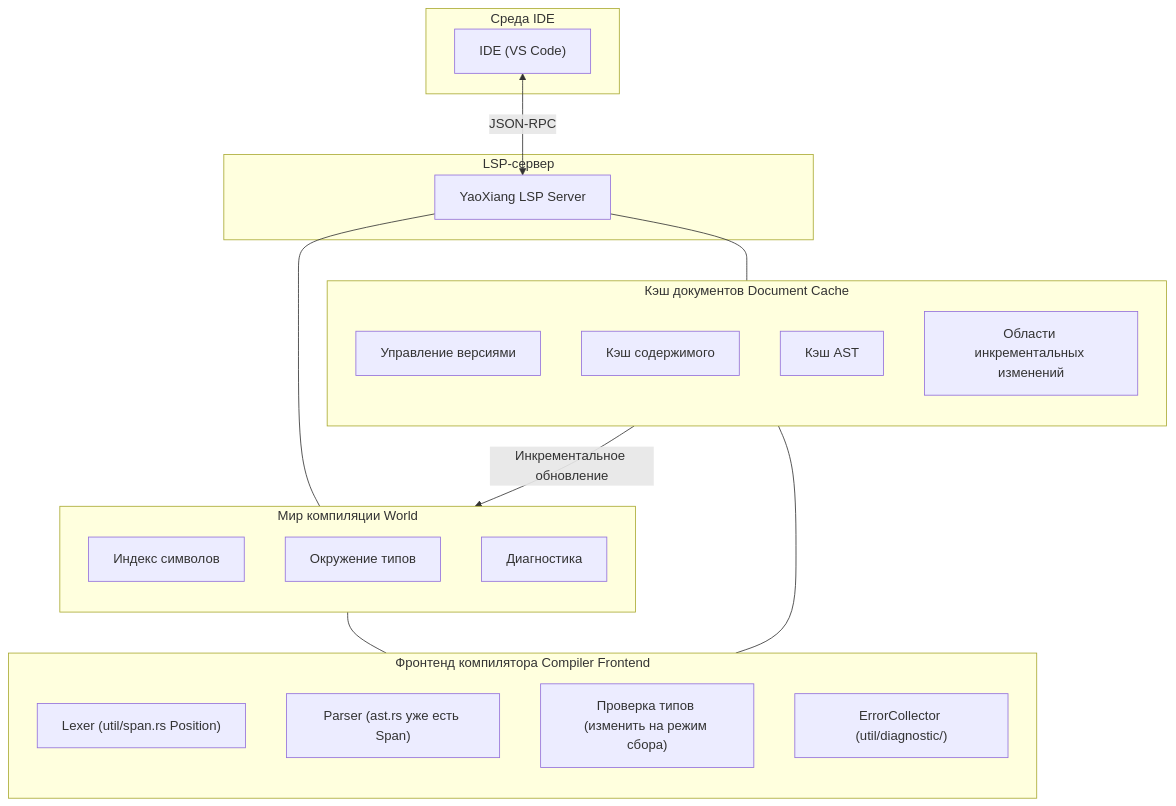
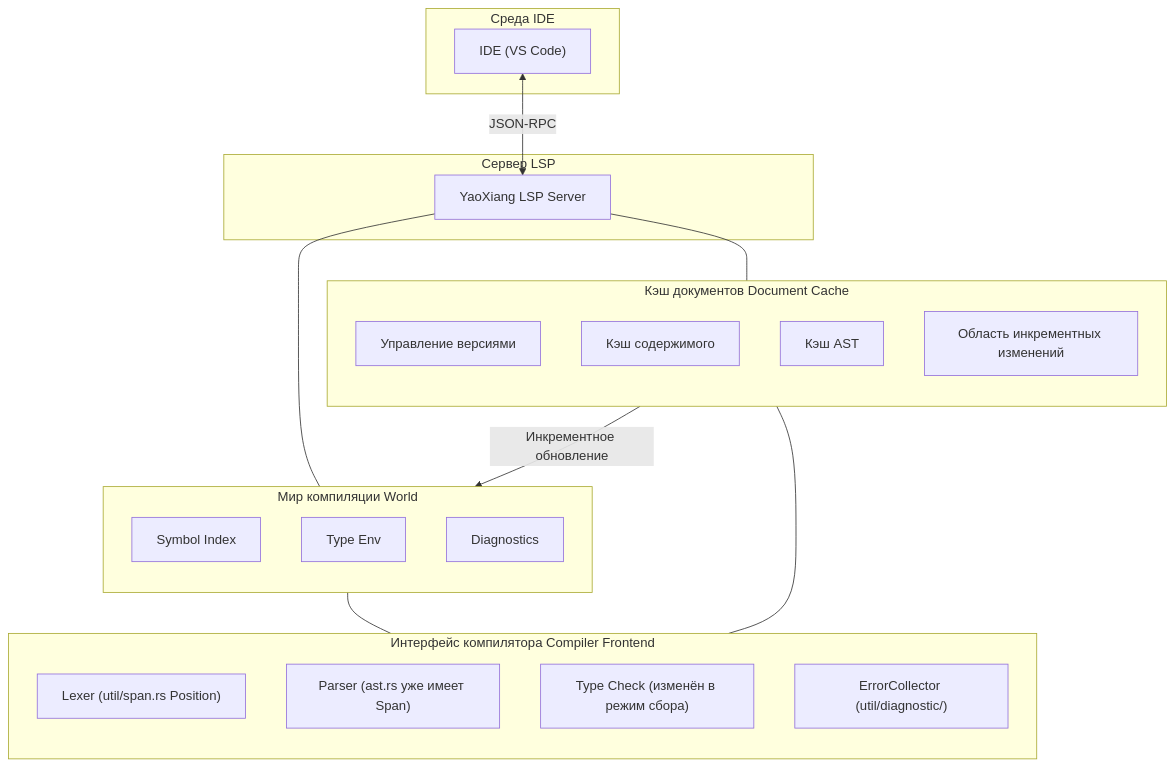
The diagram in docs/src/ru/design/rfc/accepted/017-lsp-support.md (ChenXu233/YaoXiang), drawn with Mermaid before and after one commit. The commit also changed other lines of this file and 37 other files, not shown here.

````diff
--- a/docs/src/ru/design/rfc/accepted/017-lsp-support.md
+++ b/docs/src/ru/design/rfc/accepted/017-lsp-support.md
@@ -142,43 +141,43 @@
 ```mermaid
 flowchart TD
     subgraph IDE_Environment [Среда IDE]
         IDE["IDE (VS Code)"]
     end
 
-    subgraph LSP_Server [LSP-сервер]
+    subgraph LSP_Server [Сервер LSP]
         LSP["YaoXiang LSP Server"]
     end
 
     subgraph World_Compile [Мир компиляции World]
         direction TB
-        W_Symbol["Индекс символов"]
-        W_Type["Окружение типов"]
-        W_Diag["Диагностика"]
+        W_Symbol["Symbol Index"]
+        W_Type["Type Env"]
+        W_Diag["Diagnostics"]
     end
 
     subgraph Cache [Кэш документов Document Cache]
         direction TB
         C_Version["Управление версиями"]
         C_Content["Кэш содержимого"]
         C_AST["Кэш AST"]
-        C_Delta["Области инкрементальных изменений"]
+        C_Delta["Область инкрементных изменений"]
     end
 
-    subgraph Frontend [Фронтенд компилятора Compiler Frontend]
+    subgraph Frontend [Интерфейс компилятора Compiler Frontend]
         direction TB
         F_Lexer["Lexer (util/span.rs Position)"]
-        F_Parser["Parser (ast.rs уже есть Span)"]
-        F_TypeCheck["Проверка типов (изменить на режим сбора)"]
+        F_Parser["Parser (ast.rs уже имеет Span)"]
+        F_TypeCheck["Type Check (изменён в режим сбора)"]
         F_ErrorCollector["ErrorCollector (util/diagnostic/)"]
     end
 
     IDE <-->|JSON-RPC| LSP
 
     LSP --- World_Compile
     LSP --- Cache
 
-    Cache -- "Инкрементальное обновление" --> World_Compile
+    Cache -- "Инкрементное обновление" --> World_Compile
 
     World_Compile --- Frontend
     Cache --- Frontend
 ```
````
